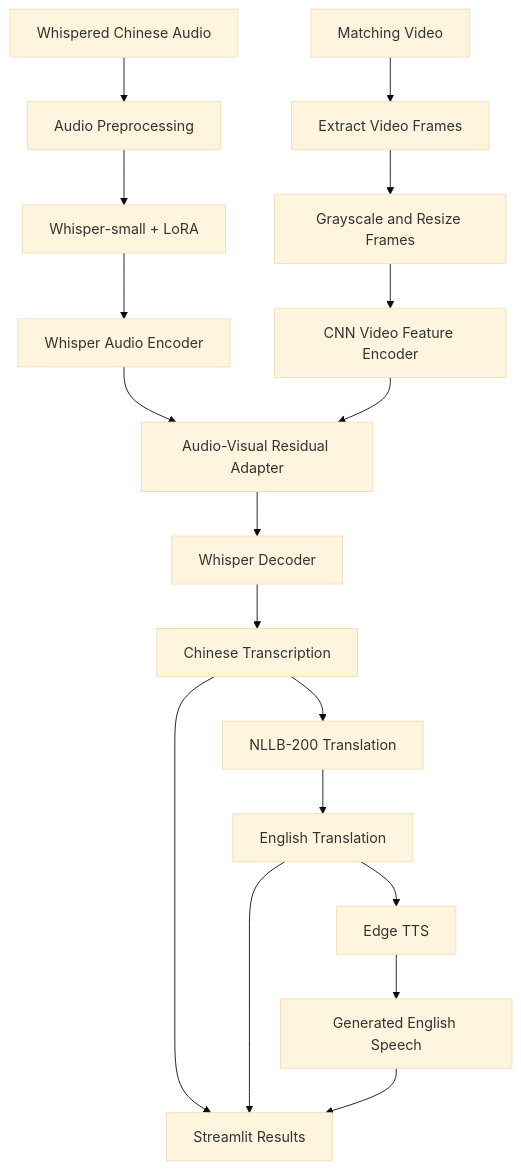
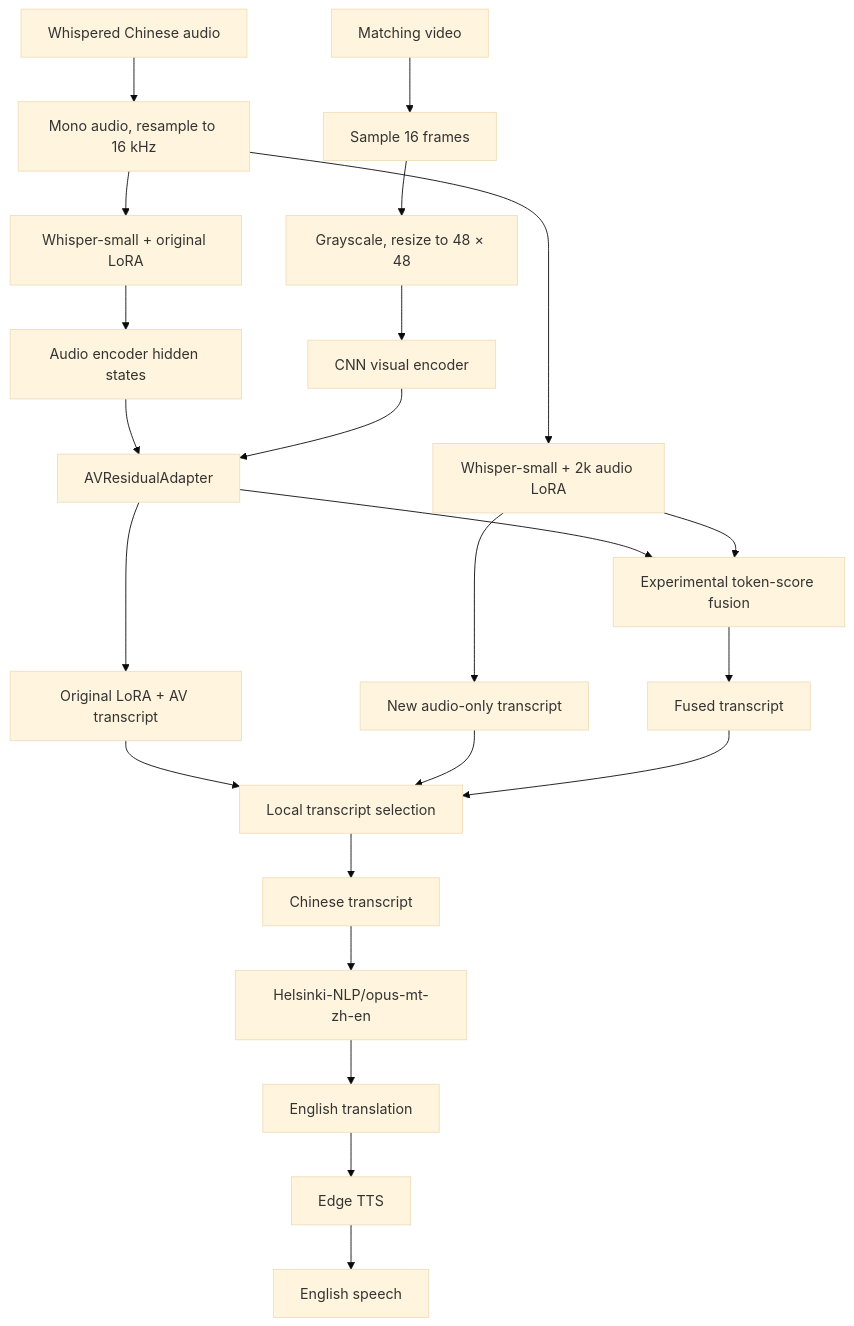
One commit to pradeep14012004/whisper-speech-conversion changed the diagram in README.md. Above: the diagram before and after it, drawn with Mermaid (base theme). The commit also changed other lines of this file, not shown here.

````diff
--- a/README.md
+++ b/README.md
@@ -57,27 +32,29 @@
-```mermaid
+~~~mermaid
 flowchart TD
-    A["Whispered Chinese Audio"] --> C["Audio Preprocessing"]
-    B["Matching Video"] --> D["Extract Video Frames"]
+    A["Whispered Chinese audio"] --> B["Mono audio, resample to 16 kHz"]
+    V["Matching video"] --> C["Sample 16 frames"]
+    C --> D["Grayscale, resize to 48 × 48"]
 
-    C --> E["Whisper-small + LoRA"]
-    D --> F["Grayscale and Resize Frames"]
+    B --> E["Whisper-small + original LoRA"]
+    E --> F["Audio encoder hidden states"]
+    D --> G["CNN visual encoder"]
+    F --> H["AVResidualAdapter"]
+    G --> H
+    H --> I["Original LoRA + AV transcript"]
 
-    E --> G["Whisper Audio Encoder"]
-    F --> H["CNN Video Feature Encoder"]
+    B --> J["Whisper-small + 2k audio LoRA"]
+    J --> K["New audio-only transcript"]
 
-    G --> I["Audio-Visual Residual Adapter"]
-    H --> I
+    H --> L["Experimental token-score fusion"]
+    J --> L
+    L --> M["Fused transcript"]
 
-    I --> J["Whisper Decoder"]
-    J --> K["Chinese Transcription"]
-
-    K --> L["NLLB-200 Translation"]
-    L --> M["English Translation"]
-
-    M --> N["Edge TTS"]
-    N --> O["Generated English Speech"]
-
-    K --> P["Streamlit Results"]
-    M --> P
-    O --> P
-```
+    I --> N["Local transcript selection"]
+    K --> N
+    M --> N
+    N --> O["Chinese transcript"]
+    O --> P["Helsinki-NLP/opus-mt-zh-en"]
+    P --> Q["English translation"]
+    Q --> R["Edge TTS"]
+    R --> S["English speech"]
+~~~
````
